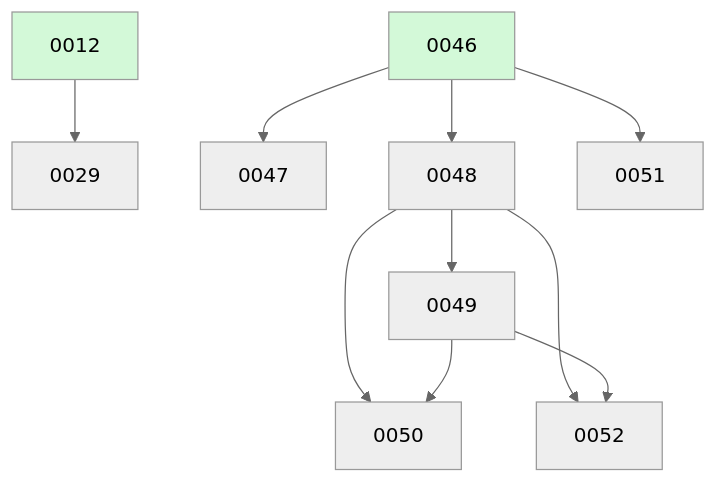
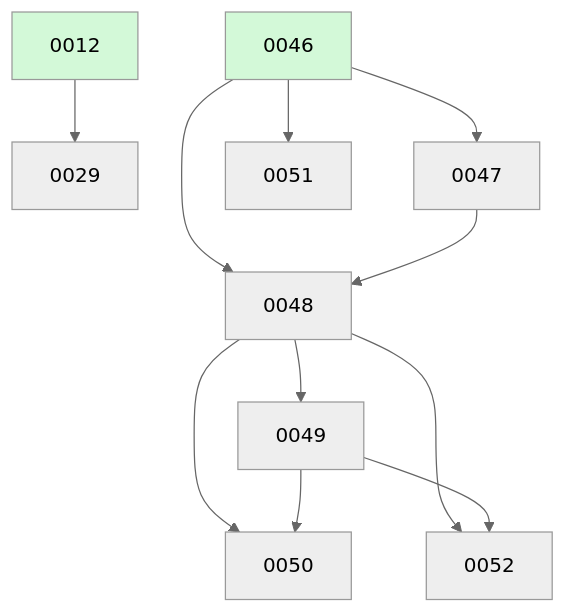
Before and after one commit to ethanhinson/fuse: the diagram in docs/changes/BOARD.md, drawn with Mermaid (neutral theme). The commit also changed other lines of this file, not shown here.

````diff
--- a/docs/changes/BOARD.md
+++ b/docs/changes/BOARD.md
@@ -27,15 +27,16 @@
 ```mermaid
 graph TD
   0012 --> 0029
   0046 --> 0047
   0046 --> 0048
+  0047 --> 0048
   0048 --> 0049
   0048 --> 0050
   0049 --> 0050
   0046 --> 0051
   0048 --> 0052
   0049 --> 0052
   0012:::done
   0046:::done
   classDef done fill:#d3f9d8;
 ```
````
